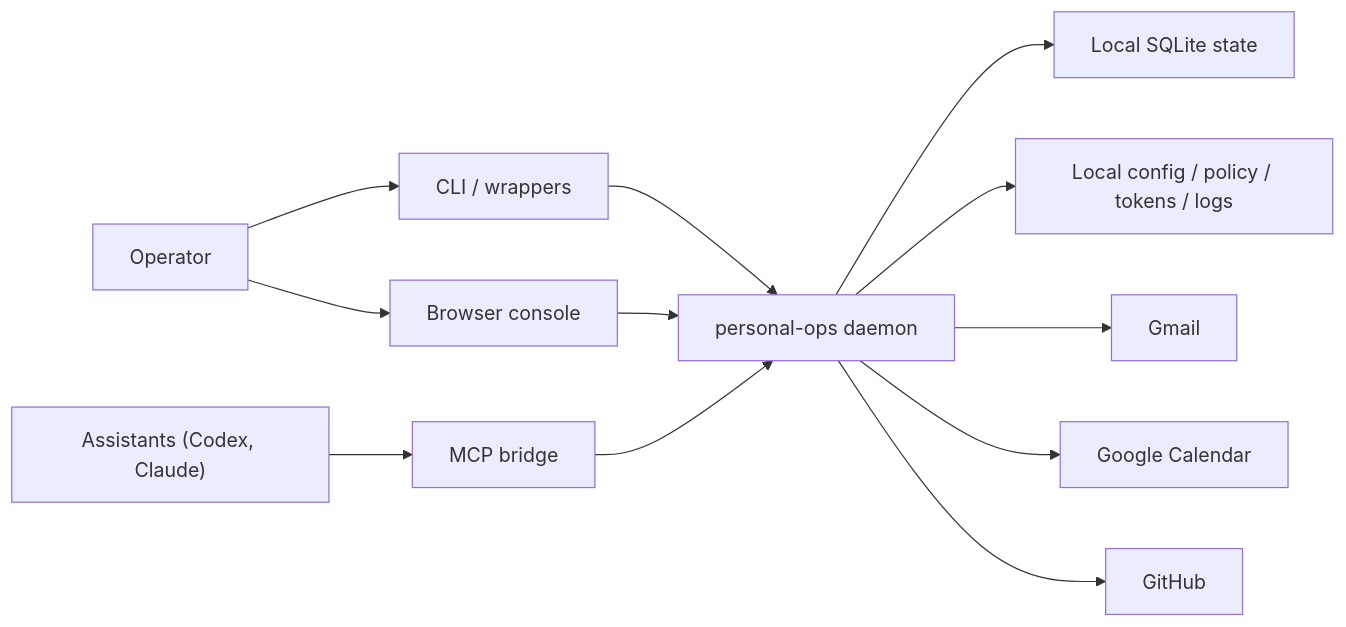
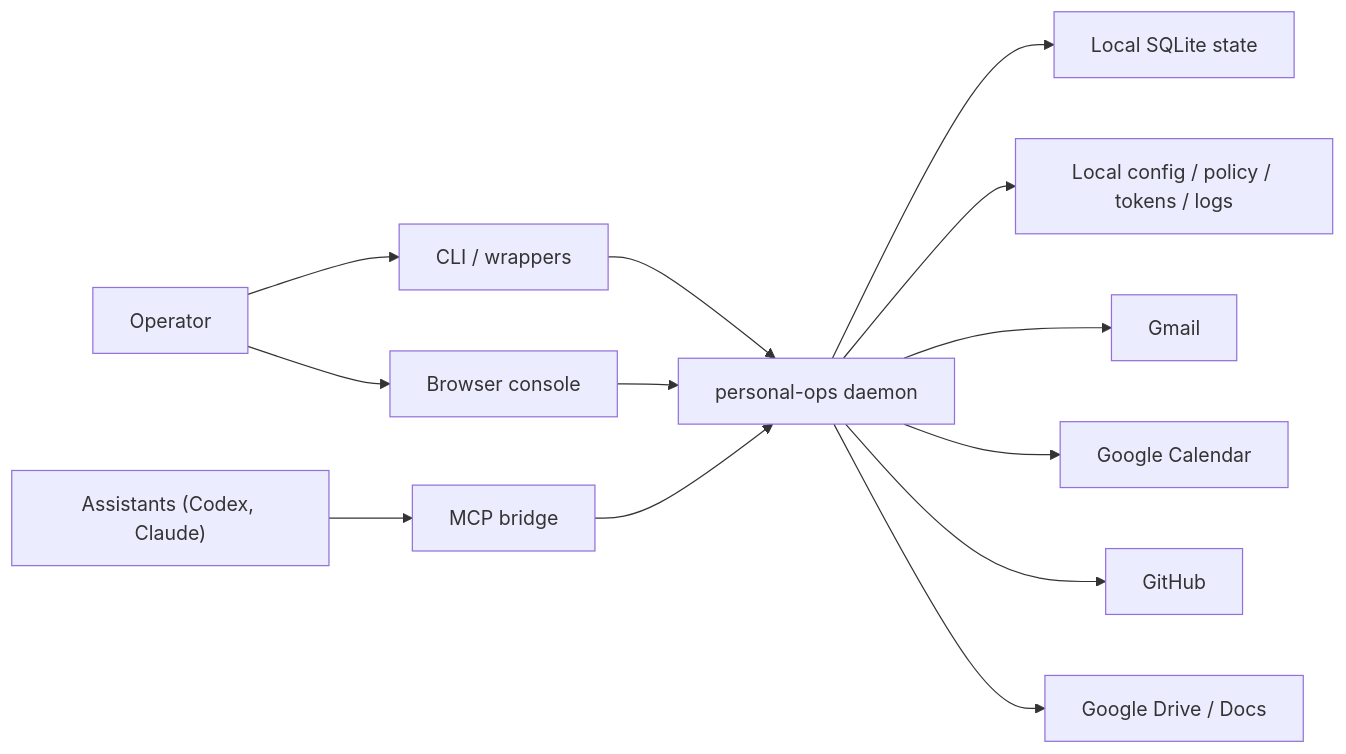
One commit to saagpatel/personal-ops changed the diagram in ARCHITECTURE.md. Above: the diagram before and after it, drawn with Mermaid. The commit also changed other lines of this file and 31 other files, not shown here.

First line of the commit message:
feat(drive): add Google Docs context integration

````diff
--- a/ARCHITECTURE.md
+++ b/ARCHITECTURE.md
@@ -33,14 +33,15 @@
 ```mermaid
 flowchart LR
   operator["Operator"] --> cli["CLI / wrappers"]
   operator --> console["Browser console"]
   assistants["Assistants (Codex, Claude)"] --> mcp["MCP bridge"]
   cli --> service["personal-ops daemon"]
   console --> service
   mcp --> service
   service --> db["Local SQLite state"]
   service --> config["Local config / policy / tokens / logs"]
   service --> gmail["Gmail"]
   service --> calendar["Google Calendar"]
   service --> github["GitHub"]
+  service --> drive["Google Drive / Docs"]
 ```
````
